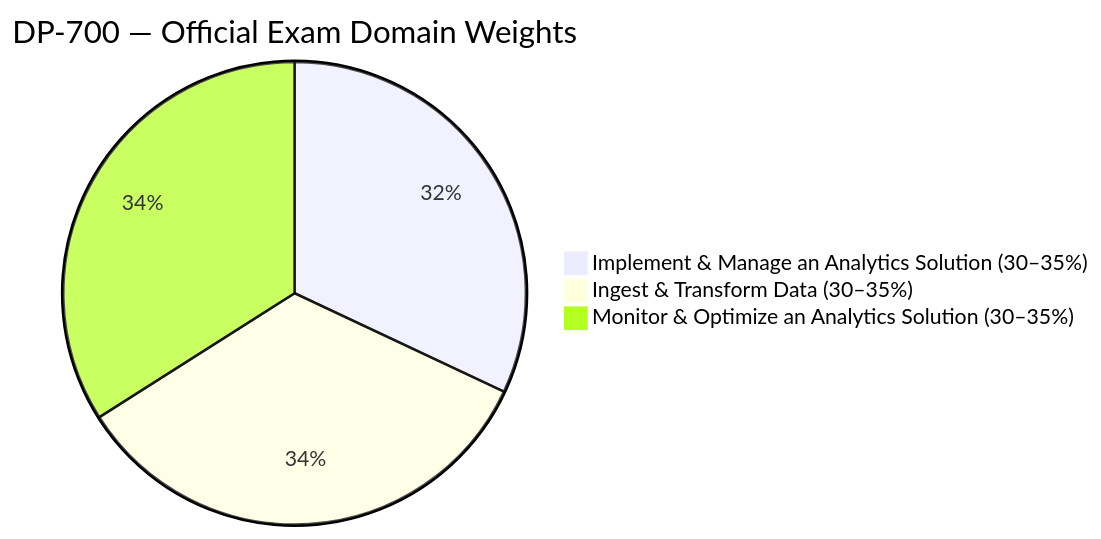
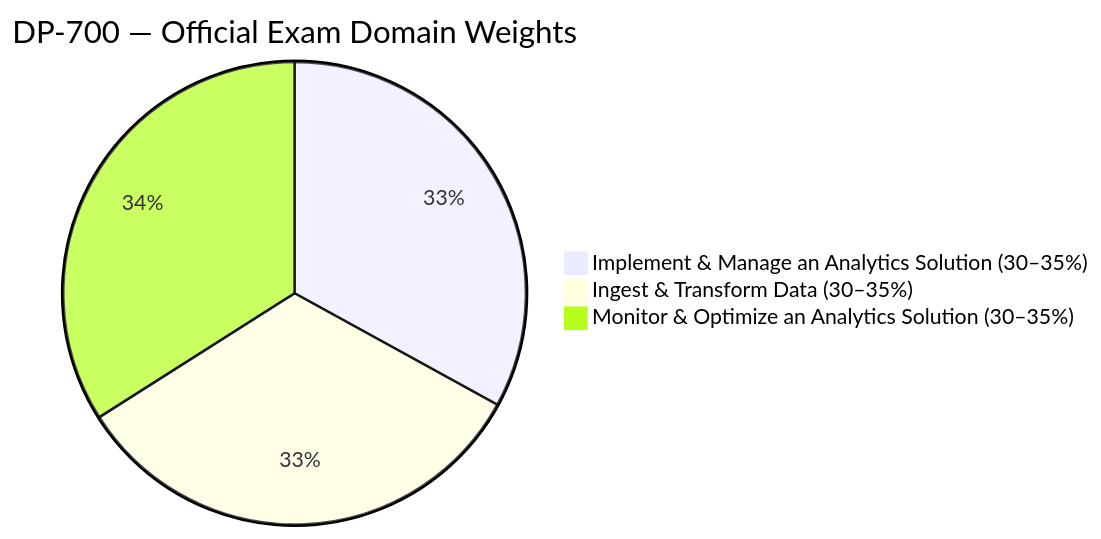
The first of 2 diagrams in index.md (marcogrimaldi29/dp-700-study-notes), drawn with Mermaid before and after one commit. The commit also changed other lines of this file and 7 other files, not shown here.

Commit message:
Added bottom nav, updated Mermaid pie and workflow

````diff
--- a/index.md
+++ b/index.md
@@ -44,6 +44,6 @@
 ```mermaid
 pie title DP-700 — Official Exam Domain Weights
-    " Implement & Manage an Analytics Solution (30–35%)" : 32
-    " Ingest & Transform Data (30–35%)" : 34
+    " Implement & Manage an Analytics Solution (30–35%)" : 33
+    " Ingest & Transform Data (30–35%)" : 33
     " Monitor & Optimize an Analytics Solution (30–35%)" : 34
 ```
````
